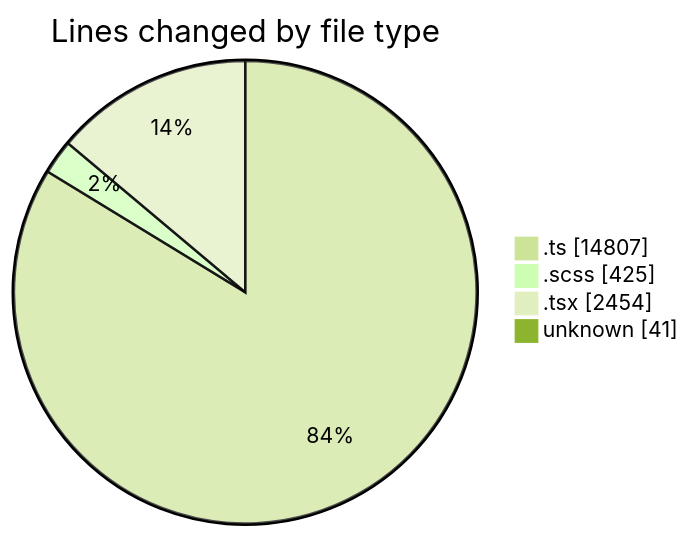
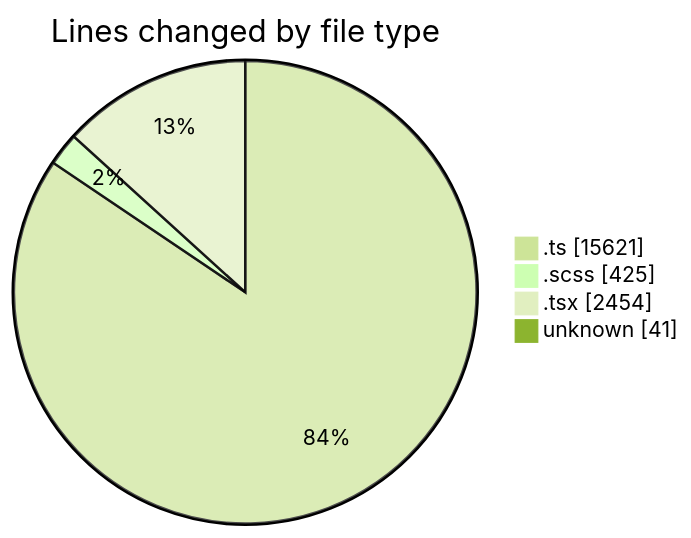
The first of 2 diagrams in 2025-08-27/cda/README.md (momahboobian/code-tracking), drawn with Mermaid (forest theme) before and after one commit. The commit also changed other lines of this file and 1 other file, not shown here.

````diff
--- a/2025-08-27/cda/README.md
+++ b/2025-08-27/cda/README.md
@@ -35,8 +35,8 @@
 ```mermaid
 pie showData
 title Lines changed by file type
-".ts" : 14807
+".ts" : 15621
 ".scss" : 425
 ".tsx" : 2454
 "unknown" : 41
 ```
````
